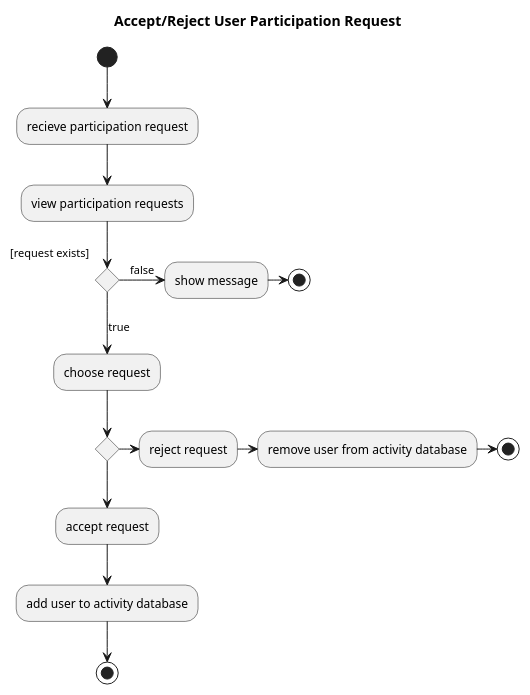
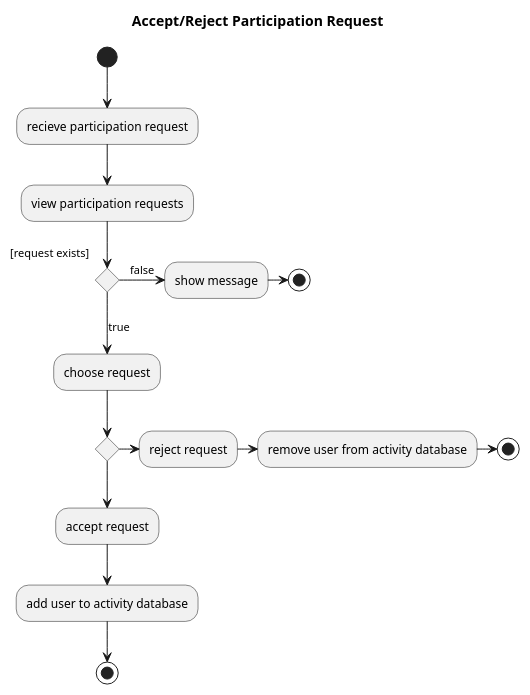
One commit to OmarAlghamdi/swe363-project-react changed the eighth of 8 diagrams in diagrams/activity/activity.puml. Above: the diagram before and after it, drawn with PlantUML.

```diff
--- a/diagrams/activity/activity.puml
+++ b/diagrams/activity/activity.puml
@@ -171,27 +171,27 @@
 @startuml
 title
-Accept/Reject User Participation Request
+Accept/Reject Participation Request
 end title
 (*)  --> "recieve participation request"
 "recieve participation request" --> "view participation requests"
 
 If "[request exists]" then
 --> [true] "choose request"
 
 If "" then
 --> "accept request"
 "accept request" --> "add user to activity database"
 "add user to activity database" --> (*3)
 
 else
 -> "reject request"
 "reject request" -> "remove user from activity database"
 "remove user from activity database" -> (*2)
 Endif
 
 else
 -> [false] "show message"
 "show message" -> (*1)
 
 Endif
 @enduml
```
